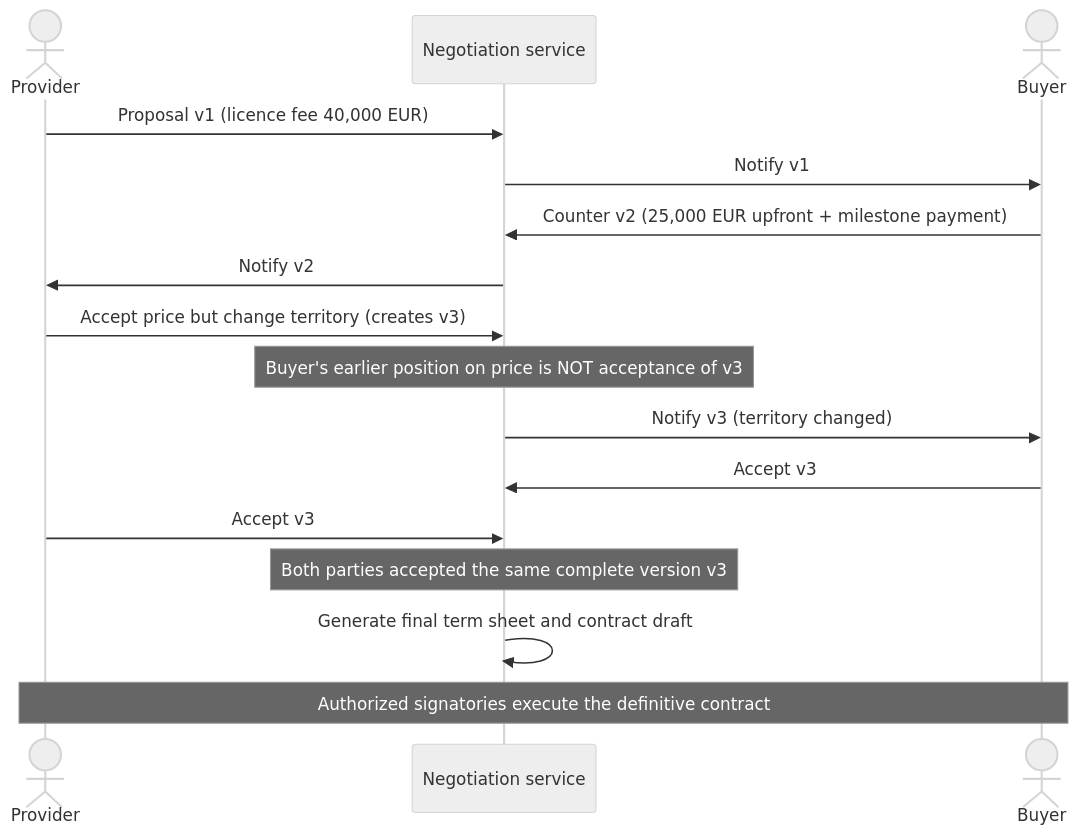
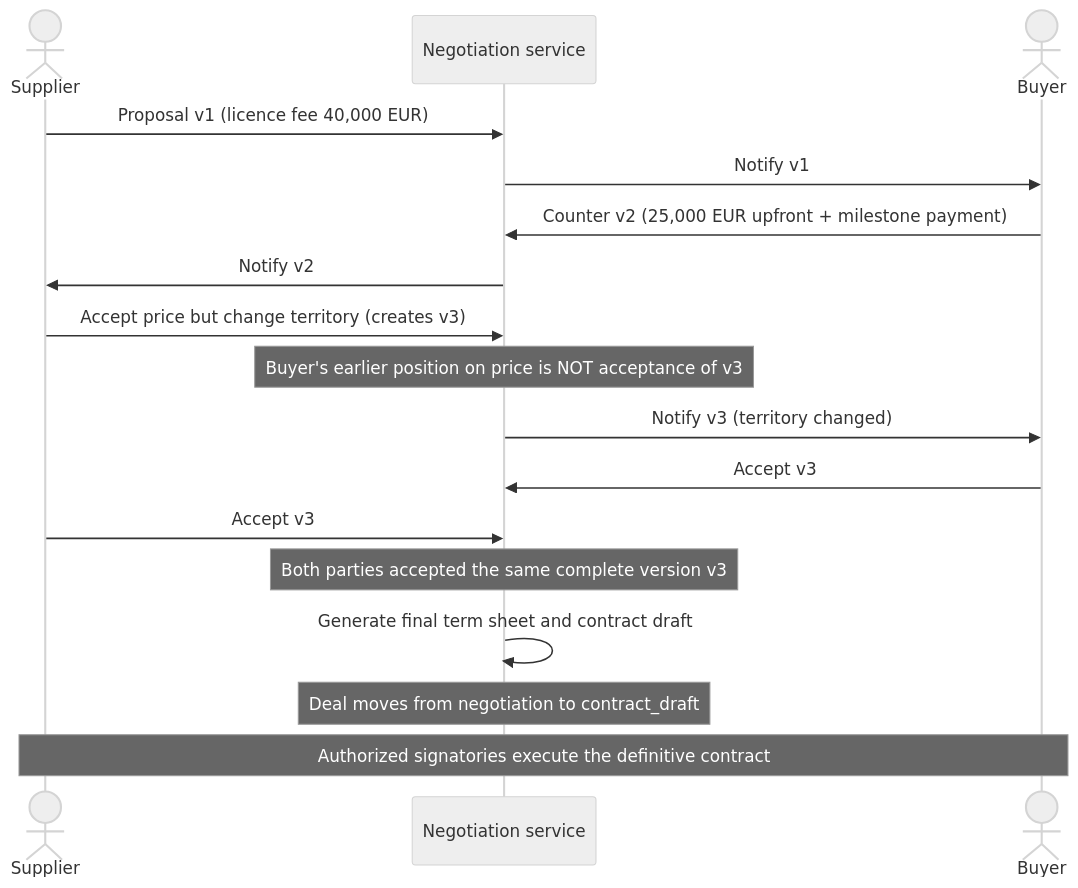
The sixth of 12 diagrams in 07-roles-workflows-and-money.md (greensoft-atom/tex-platform), drawn with Mermaid (neutral theme) before and after one commit. The commit also changed other lines of this file and 615 other files, not shown here.

````diff
--- a/07-roles-workflows-and-money.md
+++ b/07-roles-workflows-and-money.md
@@ -234,18 +331,19 @@
 ```mermaid
 sequenceDiagram
-    actor P as Provider
+    actor P as Supplier
     participant N as Negotiation service
     actor B as Buyer
     P->>N: Proposal v1 (licence fee 40,000 EUR)
     N->>B: Notify v1
     B->>N: Counter v2 (25,000 EUR upfront + milestone payment)
     N->>P: Notify v2
     P->>N: Accept price but change territory (creates v3)
     Note over N: Buyer's earlier position on price is NOT acceptance of v3
     N->>B: Notify v3 (territory changed)
     B->>N: Accept v3
     P->>N: Accept v3
     Note over N: Both parties accepted the same complete version v3
     N->>N: Generate final term sheet and contract draft
+    Note over N: Deal moves from negotiation to contract_draft
     Note over P,B: Authorized signatories execute the definitive contract
 ```
````
